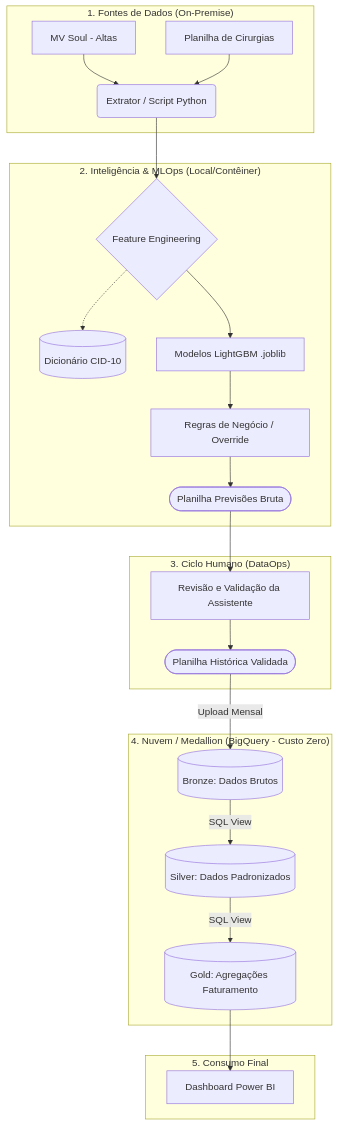
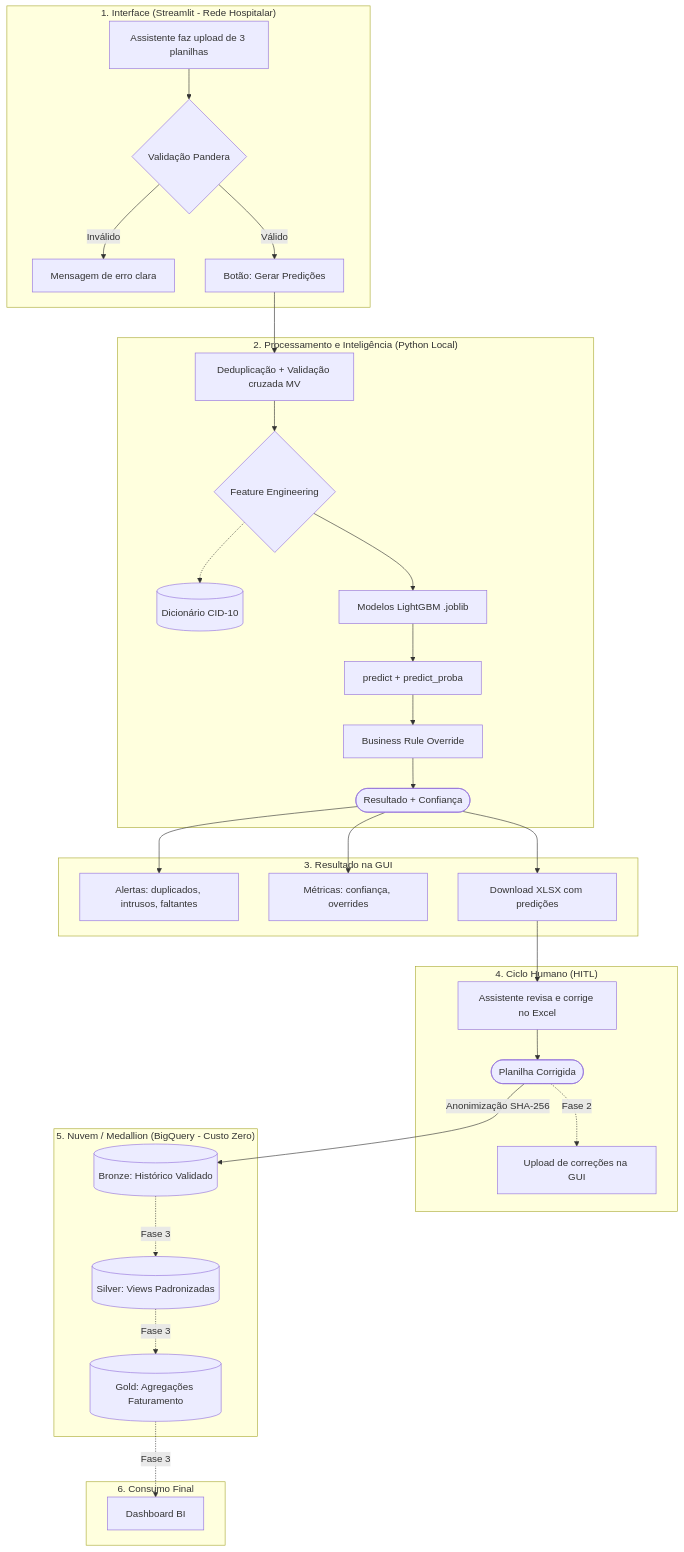
Before and after one commit to ediney-magalhaes/predicao-classificacao-hospitalar: the diagram in README.md, drawn with Mermaid. The commit also changed other lines of this file and 3 other files, not shown here.

Commit message:
docs: atualiza README, ARCHITECTURE, DATA_DICTIONARY e Changelog para v5.0.0

````diff
--- a/README.md
+++ b/README.md
@@ -23,30 +37,40 @@
 ```mermaid
 graph TD
-    subgraph "1. Fontes de Dados (On-Premise)"
-        A[MV Soul - Altas] --> C(Extrator / Script Python)
-        B[Planilha de Cirurgias] --> C
+    subgraph "1. Interface (Streamlit - Rede Hospitalar)"
+        A1[Assistente faz upload de 3 planilhas] --> A2{Validação Pandera}
+        A2 -- Inválido --> A3[Mensagem de erro clara]
+        A2 -- Válido --> A4[Botão: Gerar Predições]
     end
-    
-    subgraph "2. Inteligência & MLOps (Local/Contêiner)"
-        C --> D{Feature Engineering}
-        D -.-> E[(Dicionário CID-10)]
-        D --> F[Modelos LightGBM .joblib]
-        F --> G[Regras de Negócio / Override]
-        G --> H([Planilha Previsões Bruta])
+
+    subgraph "2. Processamento e Inteligência (Python Local)"
+        A4 --> B1[Deduplicação + Validação cruzada MV]
+        B1 --> B2{Feature Engineering}
+        B2 -.-> B3[(Dicionário CID-10)]
+        B2 --> B4[Modelos LightGBM .joblib]
+        B4 --> B5[predict + predict_proba]
+        B5 --> B6[Business Rule Override]
+        B6 --> B7([Resultado + Confiança])
     end
-    
-    subgraph "3. Ciclo Humano (DataOps)"
-        H --> I[Revisão e Validação da Assistente]
-        I --> J([Planilha Histórica Validada])
+
+    subgraph "3. Resultado na GUI"
+        B7 --> C1[Alertas: duplicados, intrusos, faltantes]
+        B7 --> C2[Métricas: confiança, overrides]
+        B7 --> C3[Download XLSX com predições]
     end
-    
-    subgraph "4. Nuvem / Medallion (BigQuery - Custo Zero)"
-        J -- Upload Mensal --> K[(Bronze: Dados Brutos)]
-        K -- SQL View --> L[(Silver: Dados Padronizados)]
-        L -- SQL View --> M[(Gold: Agregações Faturamento)]
+
+    subgraph "4. Ciclo Humano (HITL)"
+        C3 --> D1[Assistente revisa e corrige no Excel]
+        D1 --> D2([Planilha Corrigida])
+        D2 -. Fase 2 .-> D3[Upload de correções na GUI]
     end
-    
-    subgraph "5. Consumo Final"
-        M --> N[Dashboard Power BI]
+
+    subgraph "5. Nuvem / Medallion (BigQuery - Custo Zero)"
+        D2 -- Anonimização SHA-256 --> E1[(Bronze: Histórico Validado)]
+        E1 -. Fase 3 .-> E2[(Silver: Views Padronizadas)]
+        E2 -. Fase 3 .-> E3[(Gold: Agregações Faturamento)]
+    end
+
+    subgraph "6. Consumo Final"
+        E3 -. Fase 3 .-> F1[Dashboard BI]
     end
 ```
````
